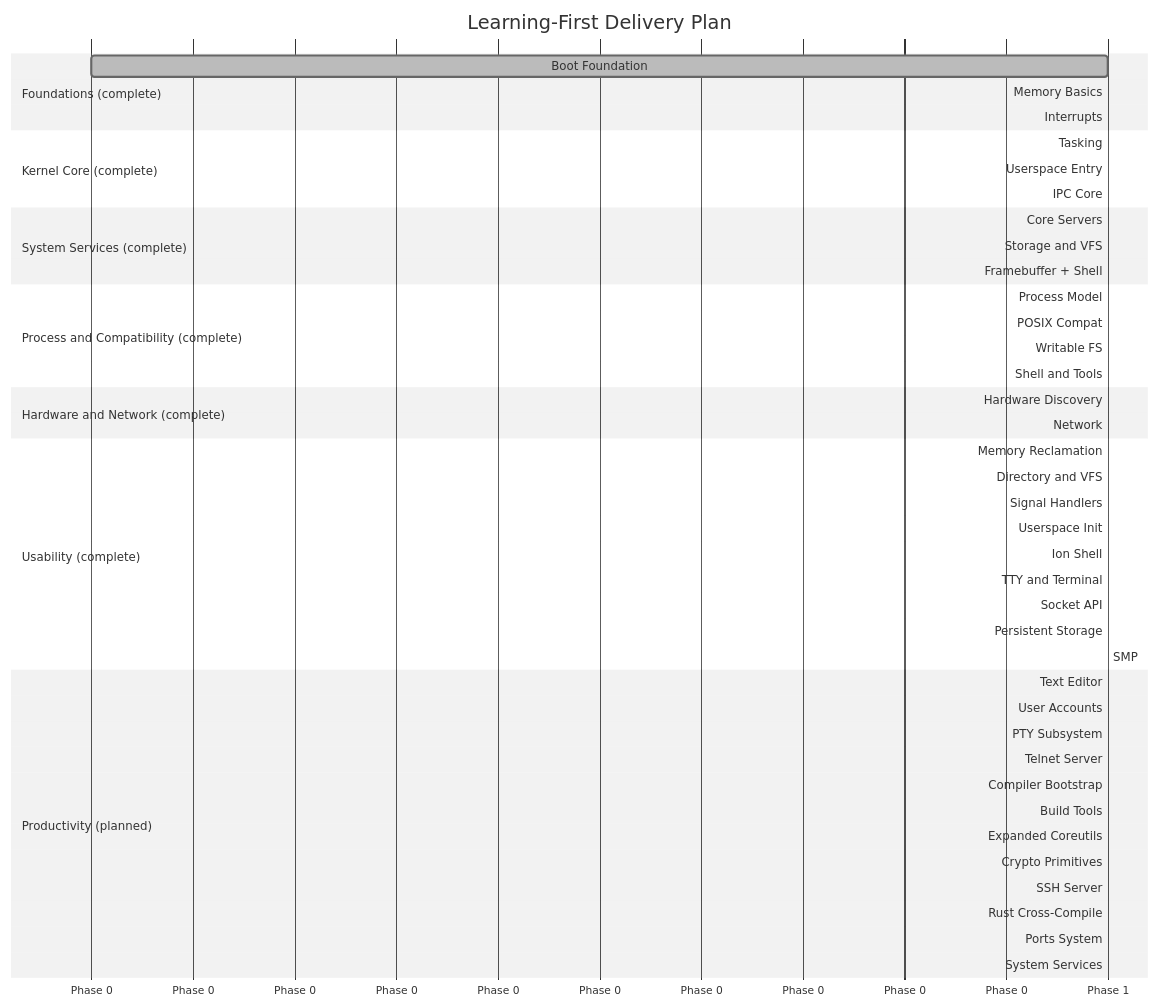
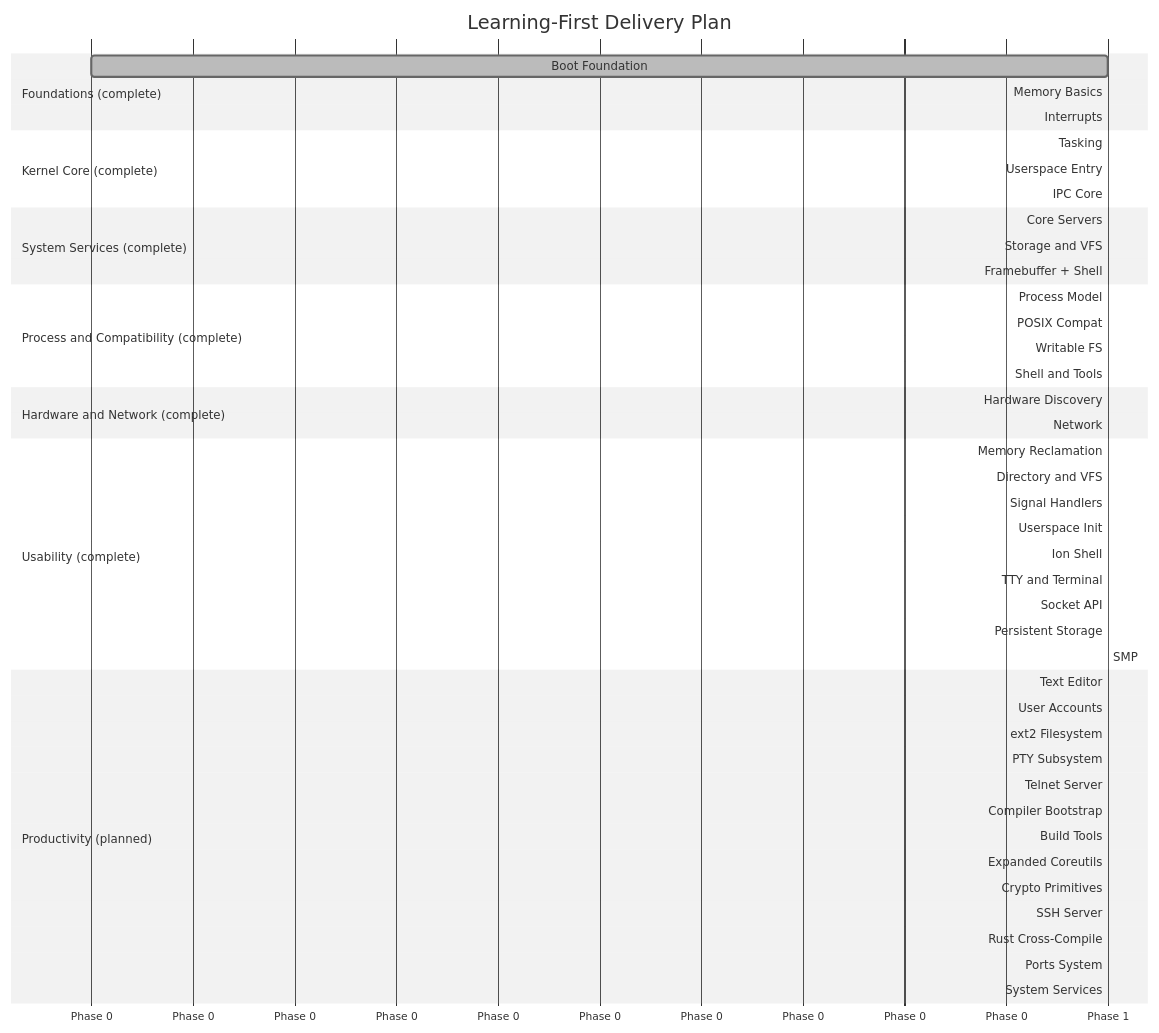
One commit to mikecubed/m3OS changed the second of 2 diagrams in docs/roadmap/README.md. Above: the diagram before and after it, drawn with Mermaid (neutral theme). The commit also changed other lines of this file and 15 other files, not shown here.

````diff
--- a/docs/roadmap/README.md
+++ b/docs/roadmap/README.md
@@ -168,56 +171,57 @@
 ```mermaid
 gantt
     title Learning-First Delivery Plan
     dateFormat X
     axisFormat Phase %s
 
     section Foundations (complete)
     Boot Foundation      :done, p1, 0, 1
     Memory Basics        :done, p2, after p1, 1
     Interrupts           :done, p3, after p1, 1
 
     section Kernel Core (complete)
     Tasking              :done, p4, after p2, 1
     Userspace Entry      :done, p5, after p4, 1
     IPC Core             :done, p6, after p5, 1
 
     section System Services (complete)
     Core Servers         :done, p7, after p6, 1
     Storage and VFS      :done, p8, after p7, 1
     Framebuffer + Shell  :done, p9, after p8, 1
 
     section Process and Compatibility (complete)
     Process Model        :done, p11, after p9, 1
     POSIX Compat         :done, p12, after p11, 1
     Writable FS          :done, p13, after p8, 1
     Shell and Tools      :done, p14, after p12, 1
 
     section Hardware and Network (complete)
     Hardware Discovery   :done, p15, after p3, 1
     Network              :done, p16, after p15, 1
 
     section Usability (complete)
     Memory Reclamation   :done, p17, after p14, 1
     Directory and VFS    :done, p18, after p17, 1
     Signal Handlers      :done, p19, after p18, 1
     Userspace Init       :done, p20, after p19, 1
     Ion Shell            :done, p21, after p20, 1
     TTY and Terminal     :done, p22, after p21, 1
     Socket API           :done, p23, after p22, 1
     Persistent Storage   :done, p24, after p18, 1
     SMP                  :done, p25, after p17, 1
 
     section Productivity (planned)
     Text Editor          :active, p26, after p24, 1
     User Accounts        :p27, after p26, 1
-    PTY Subsystem        :p28, after p27, 1
-    Telnet Server        :p29, after p28, 1
-    Compiler Bootstrap   :p30, after p26, 1
-    Build Tools          :p31, after p30, 1
-    Expanded Coreutils   :p32, after p27, 1
-    Crypto Primitives    :p33, after p30, 1
-    SSH Server           :p34, after p33, 1
-    Rust Cross-Compile   :p35, after p24, 1
-    Ports System         :p36, after p31, 1
-    System Services      :p37, after p29, 1
+    ext2 Filesystem      :p28, after p27, 1
+    PTY Subsystem        :p29, after p27, 1
+    Telnet Server        :p30, after p29, 1
+    Compiler Bootstrap   :p31, after p26, 1
+    Build Tools          :p32, after p31, 1
+    Expanded Coreutils   :p33, after p27, 1
+    Crypto Primitives    :p34, after p31, 1
+    SSH Server           :p35, after p34, 1
+    Rust Cross-Compile   :p36, after p24, 1
+    Ports System         :p37, after p32, 1
+    System Services      :p38, after p30, 1
 ```
````
